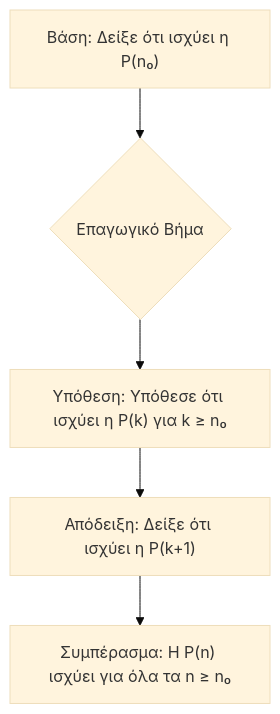
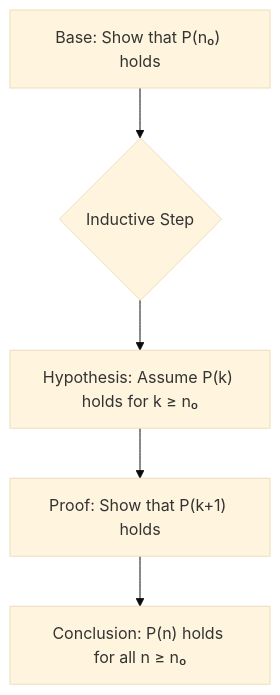
The first of 3 diagrams in Year_1/Semester_2/DISCRETE_MATHEMATICS/Exercises/1_From_0_and_5_up_to_7.md (PanagopoulosNikolaos/DitOpenNotes), drawn with Mermaid (base theme) before and after one commit. The commit also changed other lines of this file and 61 other files, not shown here.

````diff
--- a/Year_1/Semester_2/DISCRETE_MATHEMATICS/Exercises/1_From_0_and_5_up_to_7.md
+++ b/Year_1/Semester_2/DISCRETE_MATHEMATICS/Exercises/1_From_0_and_5_up_to_7.md
@@ -22,7 +21,7 @@
 ```mermaid
 graph TD
-    A["Βάση: Δείξε ότι ισχύει η P(n₀)"] --> B{"Επαγωγικό Βήμα"};
-    B --> C["Υπόθεση: Υπόθεσε ότι ισχύει η P(k) για k ≥ n₀"];
-    C --> D["Απόδειξη: Δείξε ότι ισχύει η P(k+1)"];
-    D --> E["Συμπέρασμα: Η P(n) ισχύει για όλα τα n ≥ n₀"];
+    A["Base: Show that P(n₀) holds"] --> B{"Inductive Step"};
+    B --> C["Hypothesis: Assume P(k) holds for k ≥ n₀"];
+    C --> D["Proof: Show that P(k+1) holds"];
+    D --> E["Conclusion: P(n) holds for all n ≥ n₀"];
 ```
````
